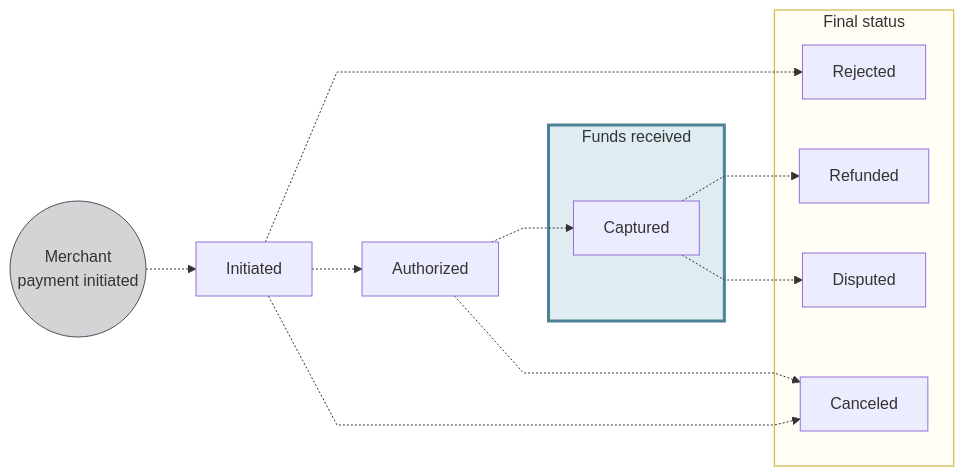
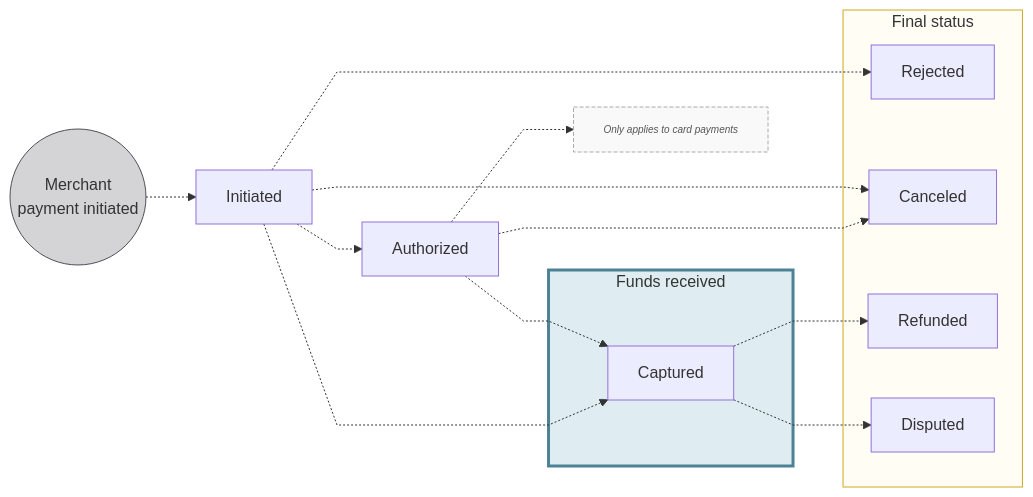
Before and after one commit to swan-io/docs: the diagram in docs/topics/merchants/online/index.mdx, drawn with Mermaid. The commit also changed other lines of this file, not shown here.

````diff
--- a/docs/topics/merchants/online/index.mdx
+++ b/docs/topics/merchants/online/index.mdx
@@ -46,24 +51,32 @@
 ```mermaid
 %%{ init: { 'flowchart': { 'curve': 'linear' } } }%%
 flowchart LR
     MPI((Merchant<br/>payment initiated)) -.-> I[Initiated]
+
     I -.-> A[Authorized]
+    A -.-> NoteCard["Only applies to card payments"]:::noteStyle
     A -.-> CP[Captured]
+    I -.-> CP[Captured]
     I -.-> RJ[Rejected]
+    I -.-> CN[Canceled]
+    A -.-> CN[Canceled]
     CP -.-> RF[Refunded]
     CP -.-> D[Disputed]
-    I -.-> CN[Canceled]
-    A -.-> CN
+
     subgraph FR[Funds received]
         CP
     end
+
     subgraph F[Final status]
         RJ
         CN
         RF
         D
     end
+
     style MPI fill:#D4D3D5,stroke:#514F59
     style F fill:#fffdf4,stroke:#cca922
     style FR fill:#dfedf2,stroke:#4d8296, stroke-width:3px
+
+    classDef noteStyle fill:#f9f9f9,stroke:#aaa,stroke-dasharray: 4 2,font-style:italic,color:#555,font-size:10px
 ```
````
